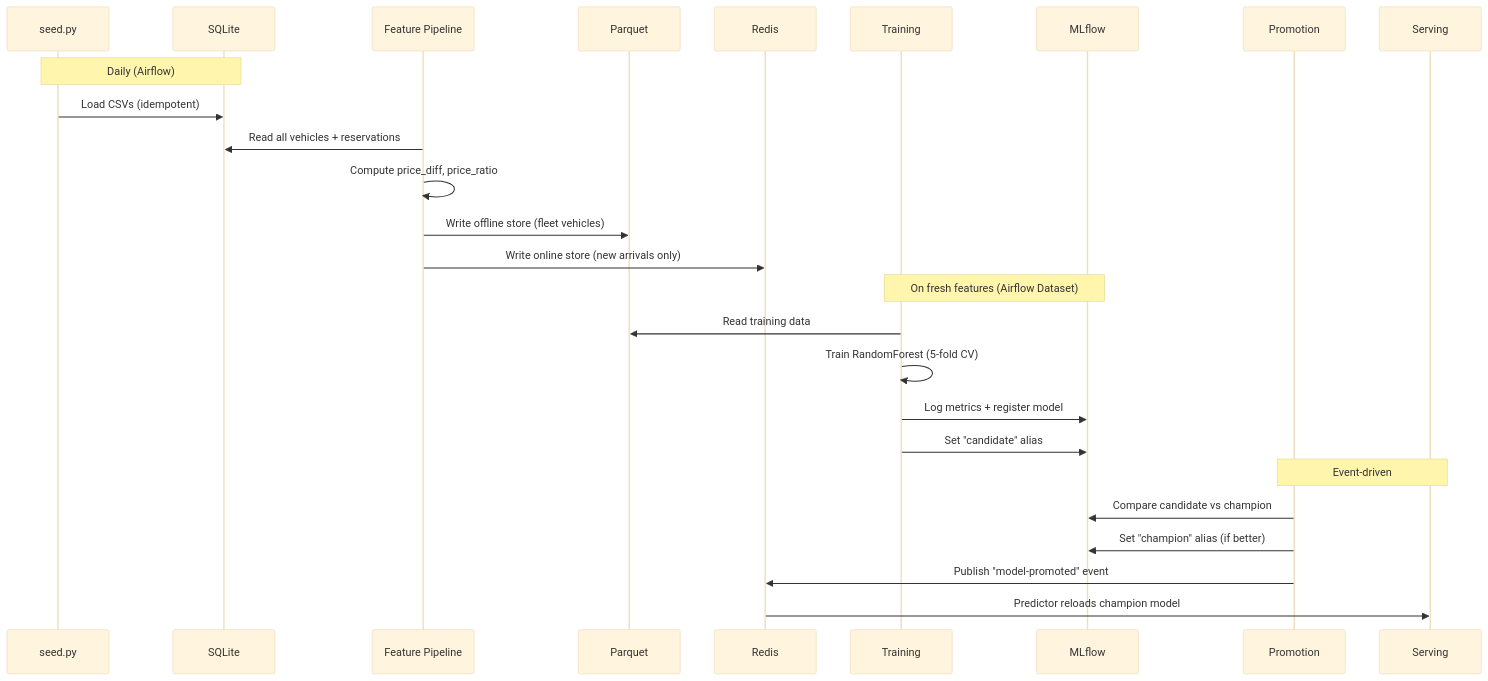
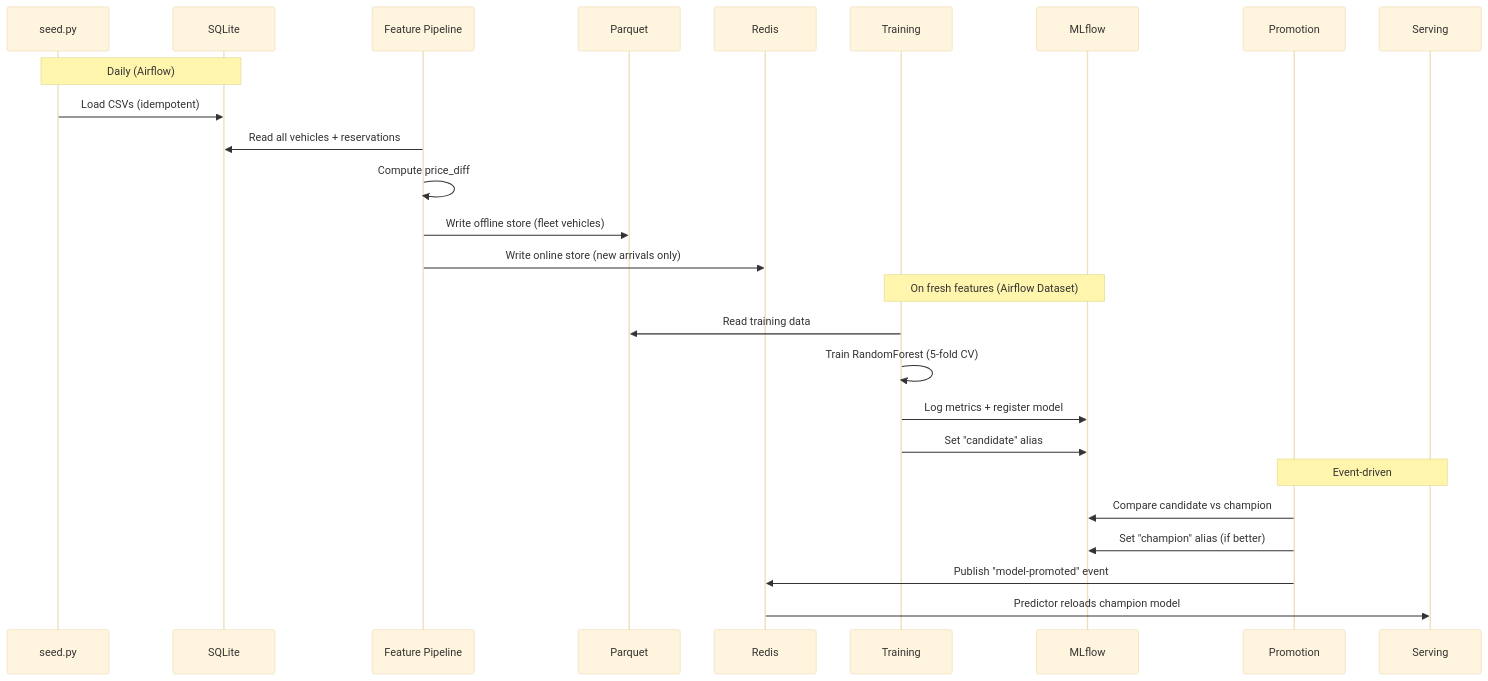
The second of 2 diagrams in README.md (pierreWagou/vroom-forecast), drawn with Mermaid (base theme) before and after one commit. The commit also changed other lines of this file and 22 other files, not shown here.

````diff
--- a/README.md
+++ b/README.md
@@ -131,31 +129,31 @@
 ```mermaid
 sequenceDiagram
     participant Seed as seed.py
     participant DB as SQLite
     participant FP as Feature Pipeline
     participant PQ as Parquet
     participant RD as Redis
     participant TR as Training
     participant MLF as MLflow
     participant PR as Promotion
     participant SRV as Serving
 
     Note over Seed,DB: Daily (Airflow)
     Seed->>DB: Load CSVs (idempotent)
     FP->>DB: Read all vehicles + reservations
-    FP->>FP: Compute price_diff, price_ratio
+    FP->>FP: Compute price_diff
     FP->>PQ: Write offline store (fleet vehicles)
     FP->>RD: Write online store (new arrivals only)
 
     Note over TR,MLF: On fresh features (Airflow Dataset)
     TR->>PQ: Read training data
     TR->>TR: Train RandomForest (5-fold CV)
     TR->>MLF: Log metrics + register model
     TR->>MLF: Set "candidate" alias
 
     Note over PR,SRV: Event-driven
     PR->>MLF: Compare candidate vs champion
     PR->>MLF: Set "champion" alias (if better)
     PR->>RD: Publish "model-promoted" event
     RD->>SRV: Predictor reloads champion model
 ```
````
